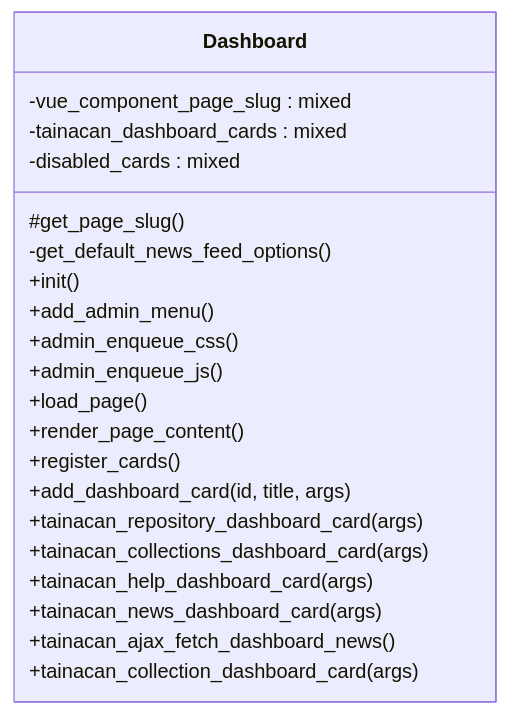
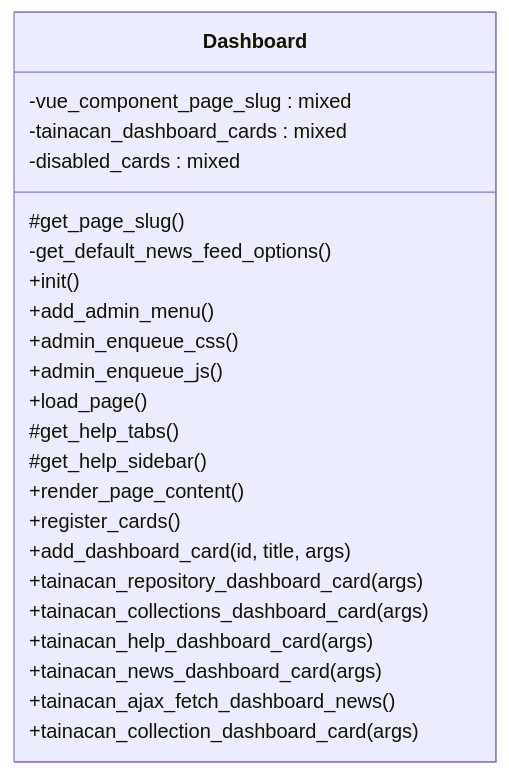
The diagram in docs/phpdoc/classes/Tainacan/Dashboard.md (tainacan/tainacan), drawn with Mermaid before and after one commit. The commit also changed other lines of this file and 14 other files, not shown here.

````diff
--- a/docs/phpdoc/classes/Tainacan/Dashboard.md
+++ b/docs/phpdoc/classes/Tainacan/Dashboard.md
@@ -12,25 +12,27 @@
 ```mermaid
 classDiagram
     direction TB
     class Dashboard {
         -vue_component_page_slug : mixed
         -tainacan_dashboard_cards : mixed
         -disabled_cards : mixed
         #get_page_slug()
         -get_default_news_feed_options()
         +init()
         +add_admin_menu()
         +admin_enqueue_css()
         +admin_enqueue_js()
         +load_page()
+        #get_help_tabs()
+        #get_help_sidebar()
         +render_page_content()
         +register_cards()
         +add_dashboard_card(id, title, args)
         +tainacan_repository_dashboard_card(args)
         +tainacan_collections_dashboard_card(args)
         +tainacan_help_dashboard_card(args)
         +tainacan_news_dashboard_card(args)
         +tainacan_ajax_fetch_dashboard_news()
         +tainacan_collection_dashboard_card(args)
     }
 ```
````
